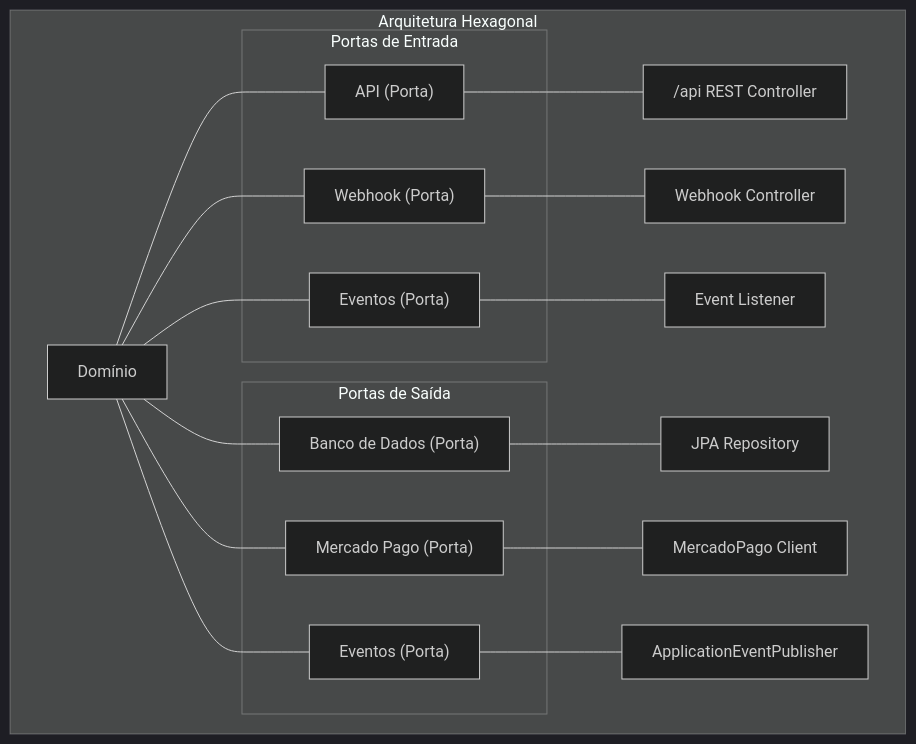
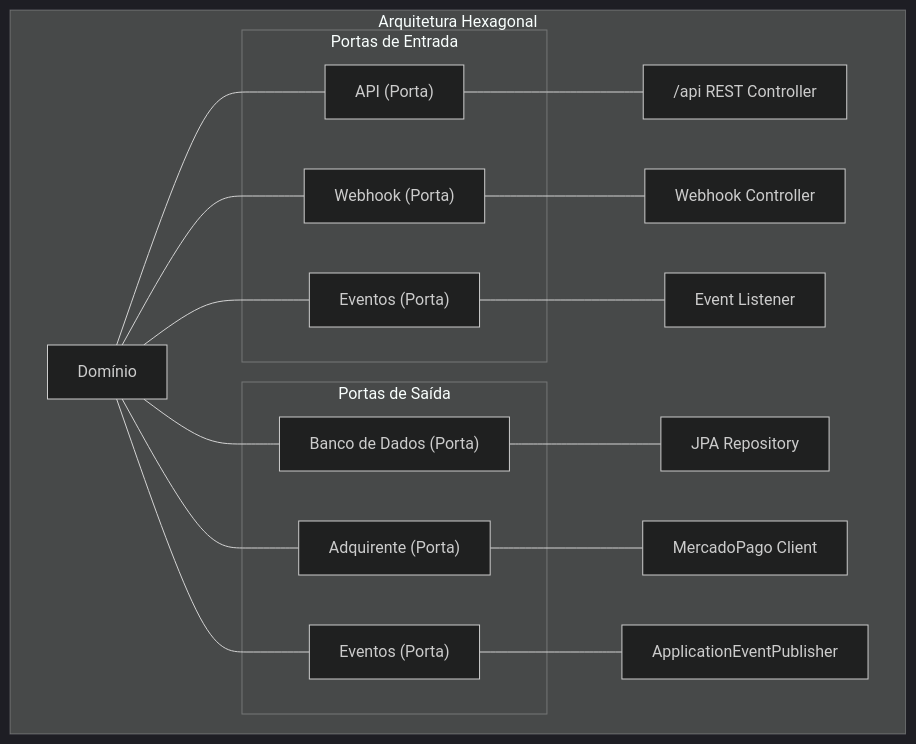
The first of 9 diagrams in README.md (FIAP-SOAT-TECH-TEAM/foodcore-api), drawn with Mermaid (dark theme) before and after one commit. The commit also changed 15 other files, not shown here.

Commit message:
chore: rename MercadoPagoPort to Acquirer Port

````diff
--- a/README.md
+++ b/README.md
@@ -53,33 +53,33 @@
 ```mermaid
 graph TD
     subgraph "Arquitetura Hexagonal"
         DOMAIN[Domínio]
 
         subgraph "Portas de Entrada"
             API_Port["API (Porta)"]
             Webhook_Port["Webhook (Porta)"]
             Event_Port["Eventos (Porta)"]
         end
 
         subgraph "Portas de Saída"
             DB_Port["Banco de Dados (Porta)"]
-            MercadoPago_Port["Mercado Pago (Porta)"]
+            Acquirer_Port["Adquirente (Porta)"]
             EventBus_Port["Eventos (Porta)"]
         end
 
         DOMAIN --- API_Port
         DOMAIN --- Webhook_Port
         DOMAIN --- Event_Port
         DOMAIN --- DB_Port
-        DOMAIN --- MercadoPago_Port
+        DOMAIN --- Acquirer_Port
         DOMAIN --- EventBus_Port
 
         API_Port --- API_Adapter["/api REST Controller"]
         Webhook_Port --- Webhook_Adapter["Webhook Controller"]
         Event_Port --- Event_Adapter["Event Listener"]
 
         DB_Port --- DB_Adapter["JPA Repository"]
-        MercadoPago_Port --- MercadoPago_Adapter["MercadoPago Client"]
+        Acquirer_Port --- MercadoPago_Adapter["MercadoPago Client"]
         EventBus_Port --- EventBus_Adapter["ApplicationEventPublisher"]
     end
 ```
````
